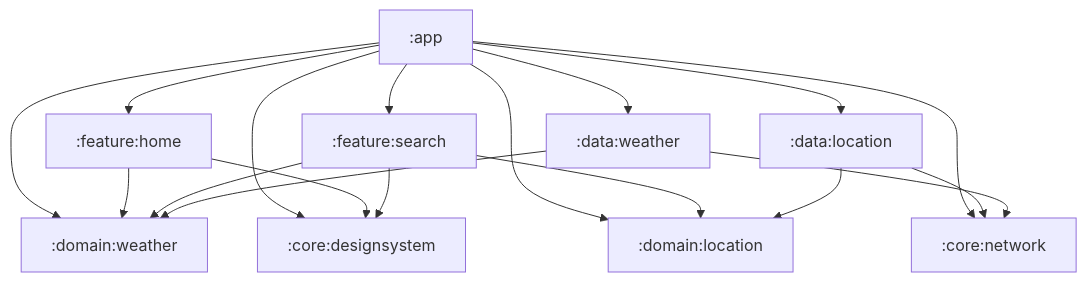
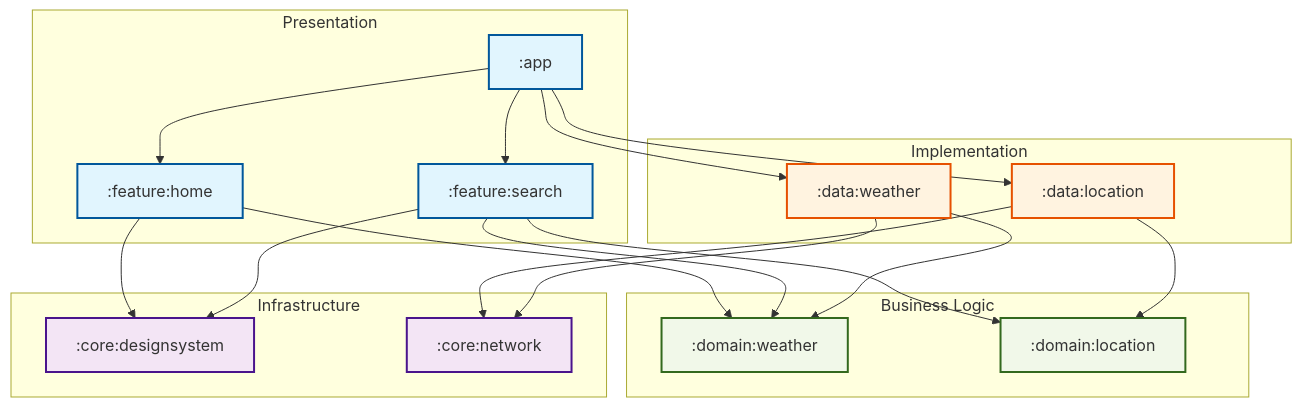
The diagram in README.md (Shoorie/WeatherVibe), drawn with Mermaid before and after one commit. The commit also changed other lines of this file, not shown here.

````diff
--- a/README.md
+++ b/README.md
@@ -60,38 +66,51 @@
 ```mermaid
 graph TD
-  app[:app]
+  subgraph UI_Layer [Presentation]
+    feat_home[":feature:home"]
+    feat_search[":feature:search"]
+    app[":app"]
+  end
 
-  core_ds[:core:designsystem]
-  core_net[:core:network]
+  subgraph Domain_Layer [Business Logic]
+    domain_weather[":domain:weather"]
+    domain_loc[":domain:location"]
+  end
 
-  domain_loc[:domain:location]
-  domain_weather[:domain:weather]
+  subgraph Data_Layer [Implementation]
+    data_weather[":data:weather"]
+    data_loc[":data:location"]
+  end
 
-  data_loc[:data:location]
-  data_weather[:data:weather]
-
-  feat_home[:feature:home]
-  feat_search[:feature:search]
+  subgraph Core_Layer [Infrastructure]
+    core_ds[":core:designsystem"]
+    core_net[":core:network"]
+  end
 
   app --> feat_home
   app --> feat_search
   app --> data_loc
   app --> data_weather
-  app --> domain_loc
-  app --> domain_weather
-  app --> core_ds
-  app --> core_net
-
+  
   feat_home --> domain_weather
   feat_home --> core_ds
 
   feat_search --> domain_loc
   feat_search --> domain_weather
   feat_search --> core_ds
 
   data_loc --> domain_loc
   data_loc --> core_net
 
   data_weather --> domain_weather
   data_weather --> core_net
+
+  classDef ui fill:#e1f5fe,stroke:#01579b,stroke-width:2px;
+  classDef domain fill:#f1f8e9,stroke:#33691e,stroke-width:2px;
+  classDef data fill:#fff3e0,stroke:#e65100,stroke-width:2px;
+  classDef core fill:#f3e5f5,stroke:#4a148c,stroke-width:2px;
+
+  class app,feat_home,feat_search ui;
+  class domain_weather,domain_loc domain;
+  class data_weather,data_loc data;
+  class core_ds,core_net core;
 ```
````
